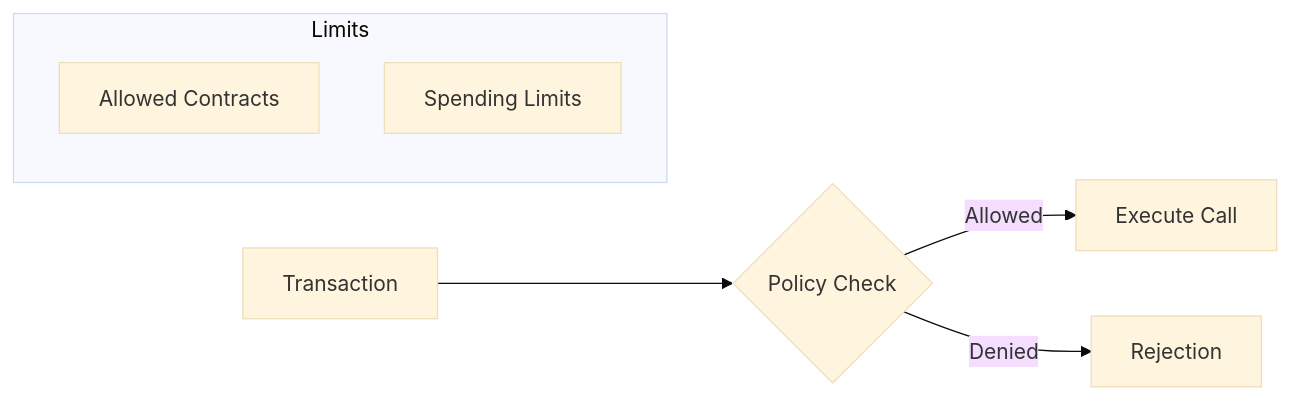
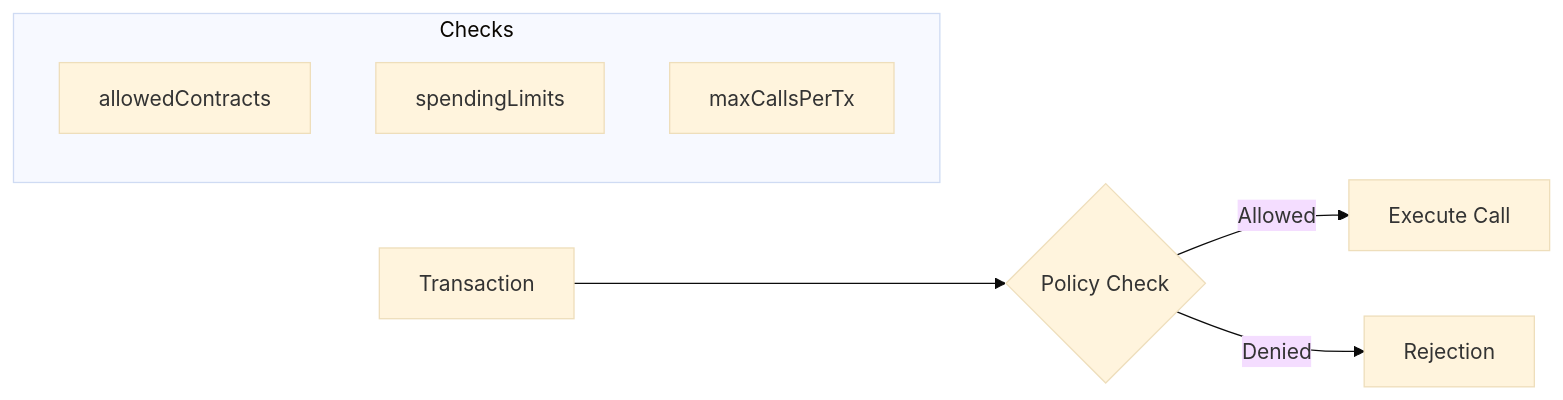
Before and after one commit to cavos-labs/docs: the second of 2 diagrams in advanced/session-keys.mdx, drawn with Mermaid (base theme). The commit also changed other lines of this file and 4 other files, not shown here.

````diff
--- a/advanced/session-keys.mdx
+++ b/advanced/session-keys.mdx
@@ -99,11 +132,12 @@
 ```mermaid
 flowchart LR
     TX[Transaction] --> Policy{Policy Check}
     Policy -->|Allowed| Execute[Execute Call]
     Policy -->|Denied| Reject[Rejection]
-    
-    subgraph Limits
-        Direction[Allowed Contracts]
-        Amount[Spending Limits]
+
+    subgraph Checks
+        Contracts[allowedContracts]
+        Limits[spendingLimits]
+        Calls[maxCallsPerTx]
     end
 ```
````
